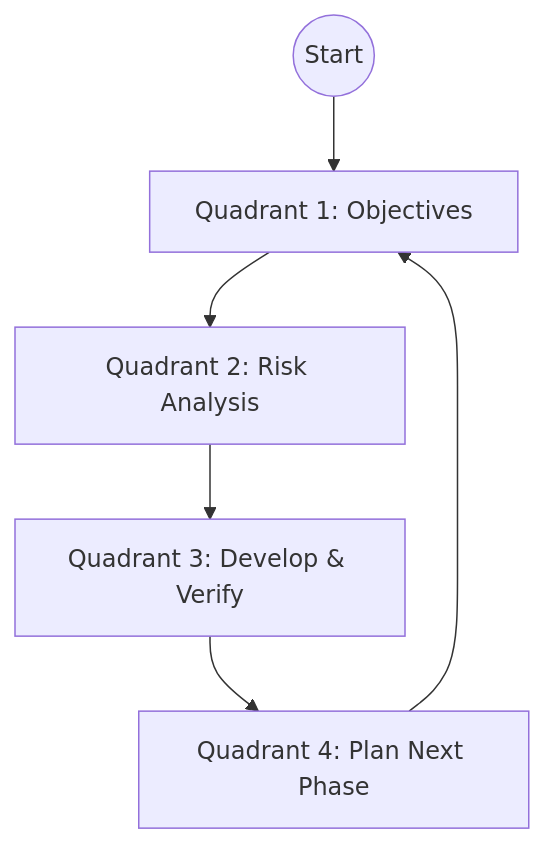
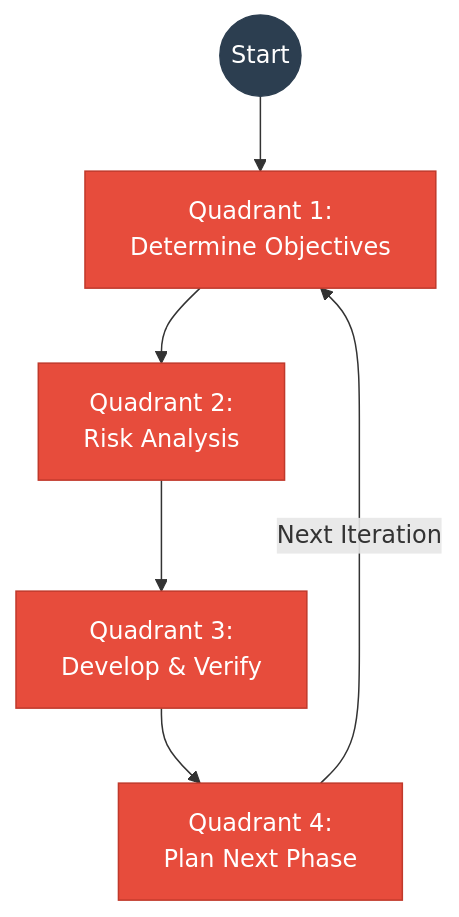
The fifth of 8 diagrams in docs/courses/software-engineering/01-process-models.md (Raushan666java/ai-engineering-journey), drawn with Mermaid before and after one commit. The commit also changed other lines of this file and 15 other files, not shown here.

Commit message:
deploy: software-engineering overhaul - 16 chapters expanded to avg 1284L (+7649L), richer Mermaid, more TS, deeper content

````diff
--- a/docs/courses/software-engineering/01-process-models.md
+++ b/docs/courses/software-engineering/01-process-models.md
@@ -121,8 +166,13 @@
 ```mermaid
 graph TD
-    S((Start)) --> Q1[Quadrant 1: Objectives]
-    Q1 --> Q2[Quadrant 2: Risk Analysis]
-    Q2 --> Q3[Quadrant 3: Develop & Verify]
-    Q3 --> Q4[Quadrant 4: Plan Next Phase]
-    Q4 --> Q1
+    S((Start)) --> Q1[Quadrant 1:<br/>Determine Objectives]
+    Q1 --> Q2[Quadrant 2:<br/>Risk Analysis]
+    Q2 --> Q3[Quadrant 3:<br/>Develop & Verify]
+    Q3 --> Q4[Quadrant 4:<br/>Plan Next Phase]
+    Q4 -->|Next Iteration| Q1
+
+    classDef quad fill:#e74c3c,stroke:#c0392b,color:#fff
+    classDef start fill:#2c3e50,stroke:#2c3e50,color:#fff
+    class Q1,Q2,Q3,Q4 quad
+    class S start
 ```
````
